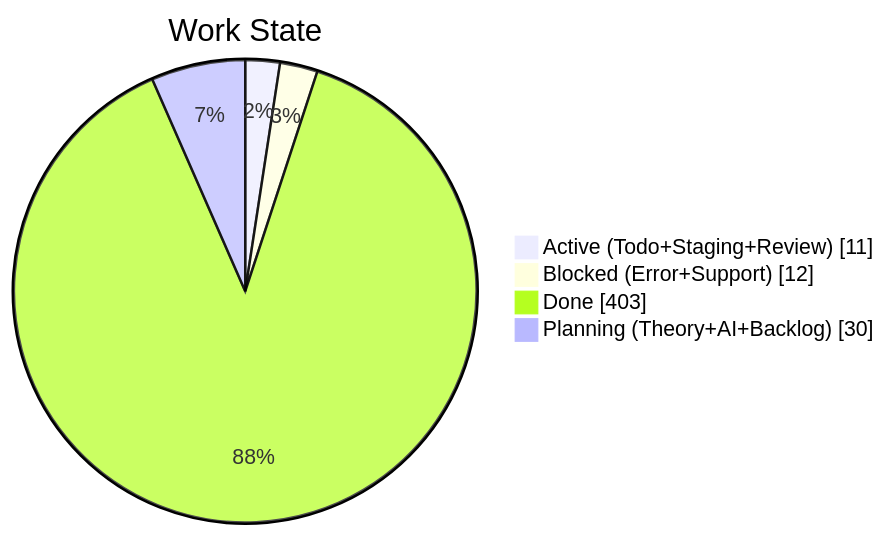
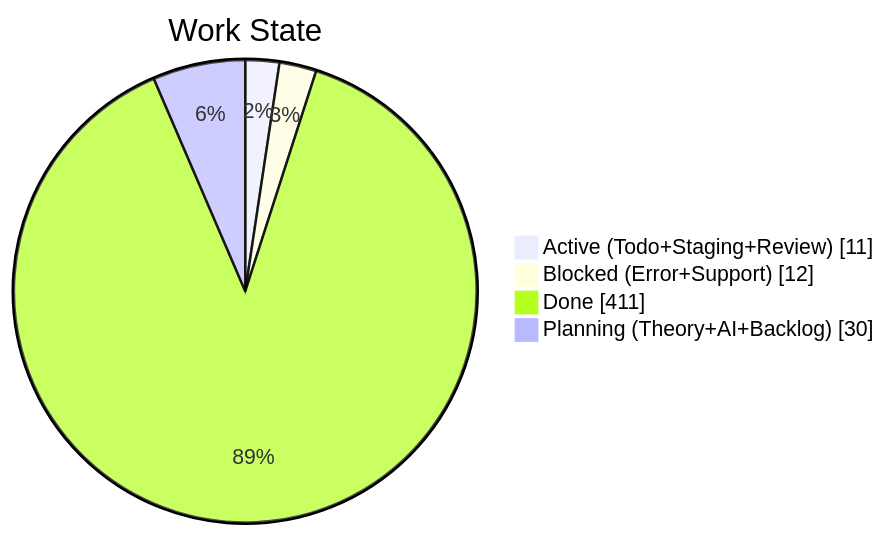
One commit to KBVE/kbve changed the second of 4 diagrams in apps/kbve/astro-kbve/src/content/docs/dashboard/kanban.mdx. Above: the diagram before and after it, drawn with Mermaid. The commit also changed other lines of this file and 7 other files, not shown here.

````diff
--- a/apps/kbve/astro-kbve/src/content/docs/dashboard/kanban.mdx
+++ b/apps/kbve/astro-kbve/src/content/docs/dashboard/kanban.mdx
@@ -68,8 +68,8 @@
 ```mermaid
 pie showData
     title Work State
     "Active (Todo+Staging+Review)" : 11
     "Blocked (Error+Support)" : 12
-    "Done" : 403
+    "Done" : 411
     "Planning (Theory+AI+Backlog)" : 30
 ```
````
